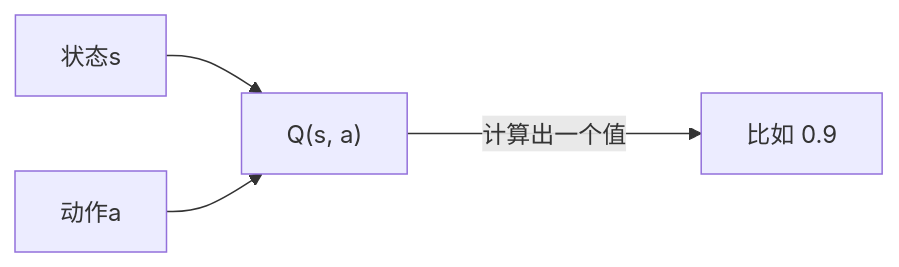
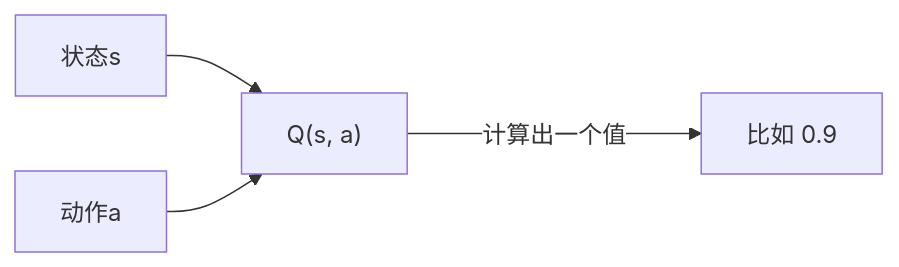
One commit to Aquietzero/nullspace changed the first of 5 diagrams in source/_posts/computer/AI学习/深度Q学习.md. Above: the diagram before and after it, drawn with Mermaid. The commit also changed other lines of this file, not shown here.

````diff
--- a/source/_posts/computer/AI学习/深度Q学习.md
+++ b/source/_posts/computer/AI学习/深度Q学习.md
@@ -41,6 +51,15 @@
 ```mermaid
+%%{
+  init: {
+    'themeVariables': {
+      'edgeLabelBackground': '#fff',
+      'edgeLabelColor': '#333',
+      'edgeLabelFontSize': '14px'
+    }
+  }
+}%%
 graph LR
     S[状态s] --> Q["Q(s, a)"]
     A[动作a] --> Q["Q(s, a)"]
     Q --->|计算出一个值| V["比如 0.9"]
 ```
````
